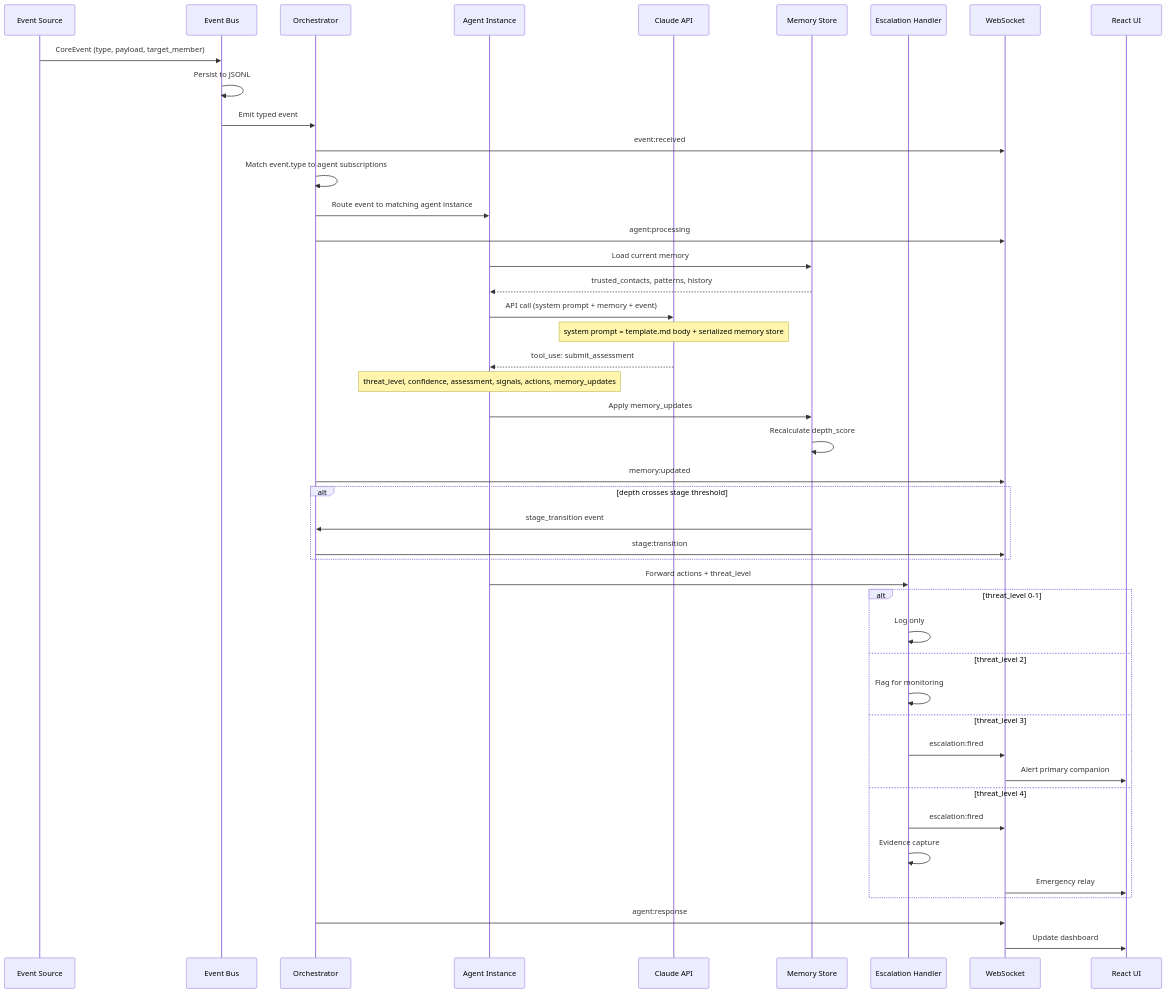
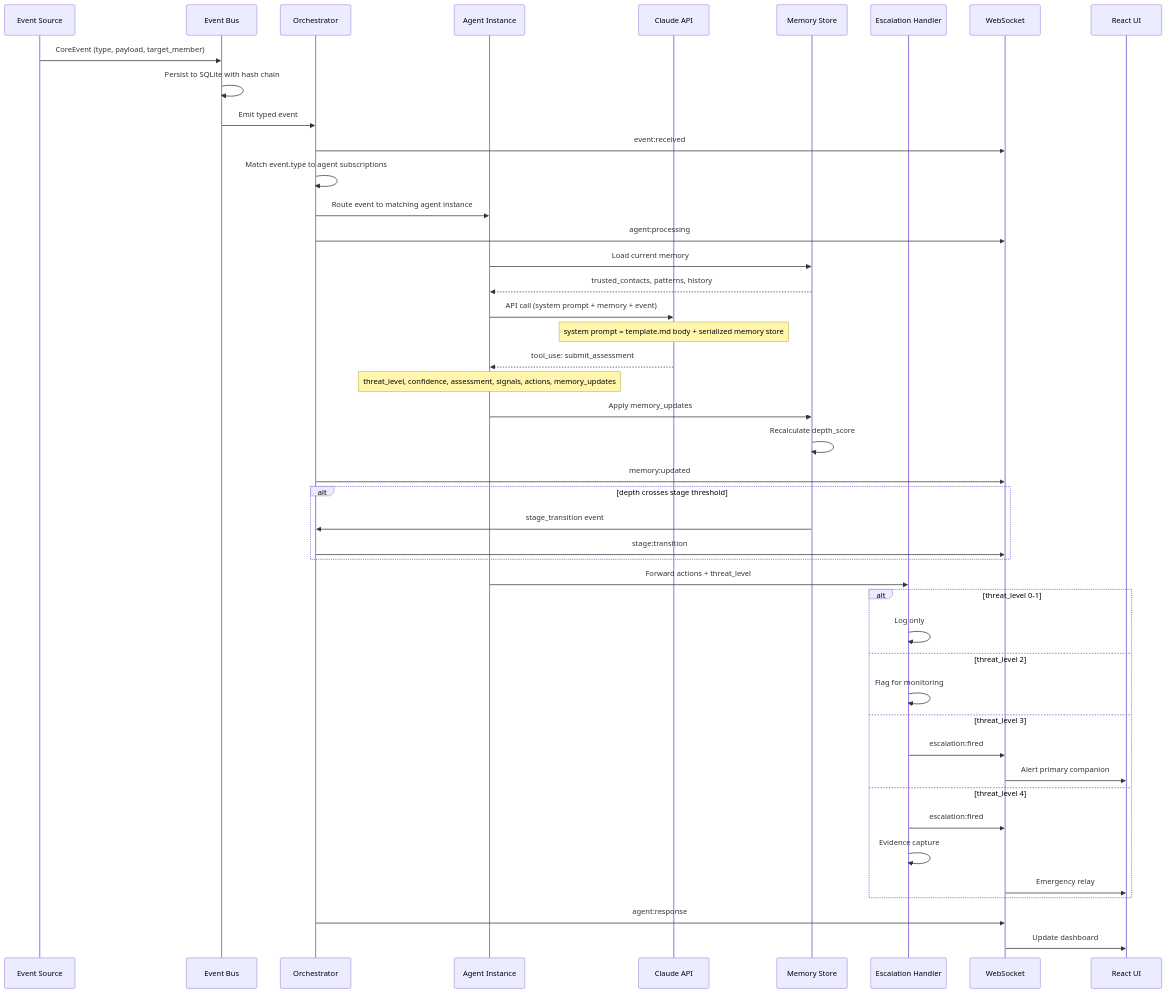
One commit to taylorparsons/cortege-hackathon changed the second of 7 diagrams in docs/superpowers/specs/2026-03-14-agent-orchestration-diagrams.md. Above: the diagram before and after it, drawn with Mermaid. The commit also changed other lines of this file and 1 other file, not shown here.

First line of the commit message:
docs: update design specs with SQLite storage implementation

````diff
--- a/docs/superpowers/specs/2026-03-14-agent-orchestration-diagrams.md
+++ b/docs/superpowers/specs/2026-03-14-agent-orchestration-diagrams.md
@@ -110,57 +111,57 @@
 ```mermaid
 sequenceDiagram
     participant S as Event Source
     participant EB as Event Bus
     participant O as Orchestrator
     participant AI as Agent Instance
     participant CL as Claude API
     participant MS as Memory Store
     participant EH as Escalation Handler
     participant WS as WebSocket
     participant UI as React UI
 
     S->>EB: CoreEvent (type, payload, target_member)
-    EB->>EB: Persist to JSONL
+    EB->>EB: Persist to SQLite with hash chain
     EB->>O: Emit typed event
     O->>WS: event:received
 
     O->>O: Match event.type to agent subscriptions
     O->>AI: Route event to matching agent instance
     O->>WS: agent:processing
 
     AI->>MS: Load current memory
     MS-->>AI: trusted_contacts, patterns, history
 
     AI->>CL: API call (system prompt + memory + event)
     Note over CL: system prompt = template.md body + serialized memory store
 
     CL-->>AI: tool_use: submit_assessment
     Note over AI: threat_level, confidence, assessment, signals, actions, memory_updates
 
     AI->>MS: Apply memory_updates
     MS->>MS: Recalculate depth_score
     O->>WS: memory:updated
 
     alt depth crosses stage threshold
         MS->>O: stage_transition event
         O->>WS: stage:transition
     end
 
     AI->>EH: Forward actions + threat_level
 
     alt threat_level 0-1
         EH->>EH: Log only
     else threat_level 2
         EH->>EH: Flag for monitoring
     else threat_level 3
         EH->>WS: escalation:fired
         WS->>UI: Alert primary companion
     else threat_level 4
         EH->>WS: escalation:fired
         EH->>EH: Evidence capture
         WS->>UI: Emergency relay
     end
 
     O->>WS: agent:response
     WS->>UI: Update dashboard
 ```
````
